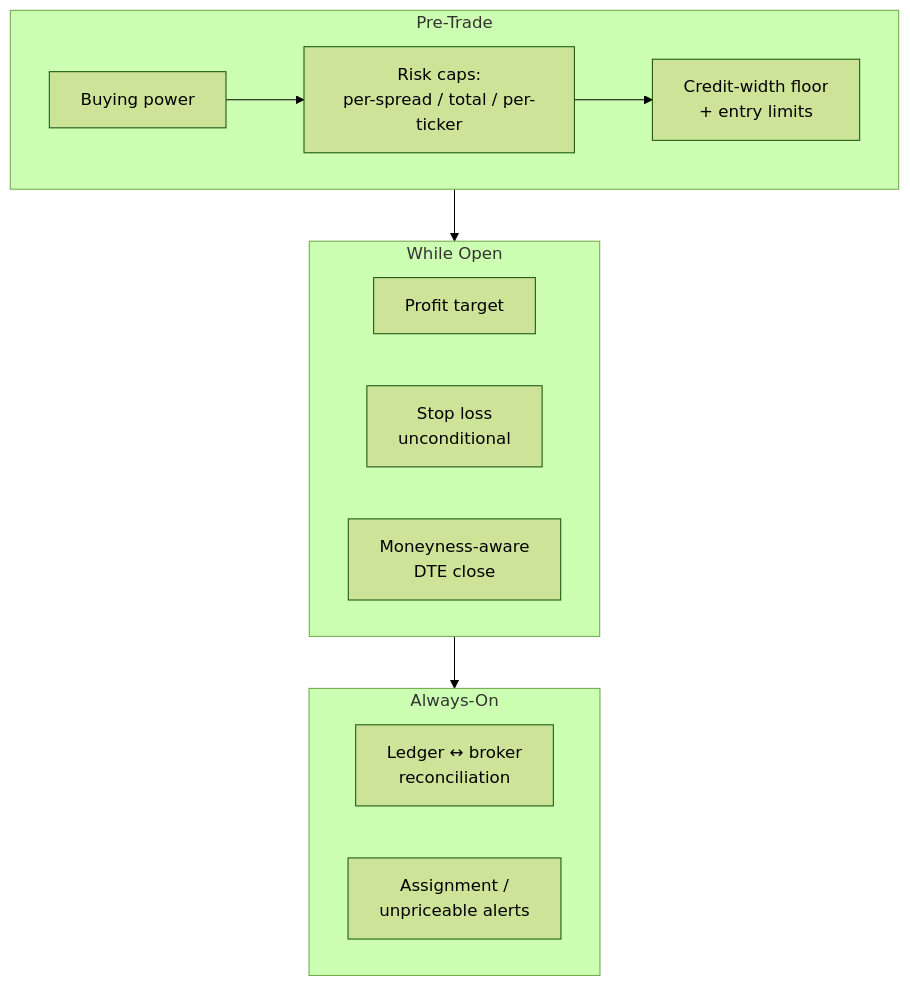
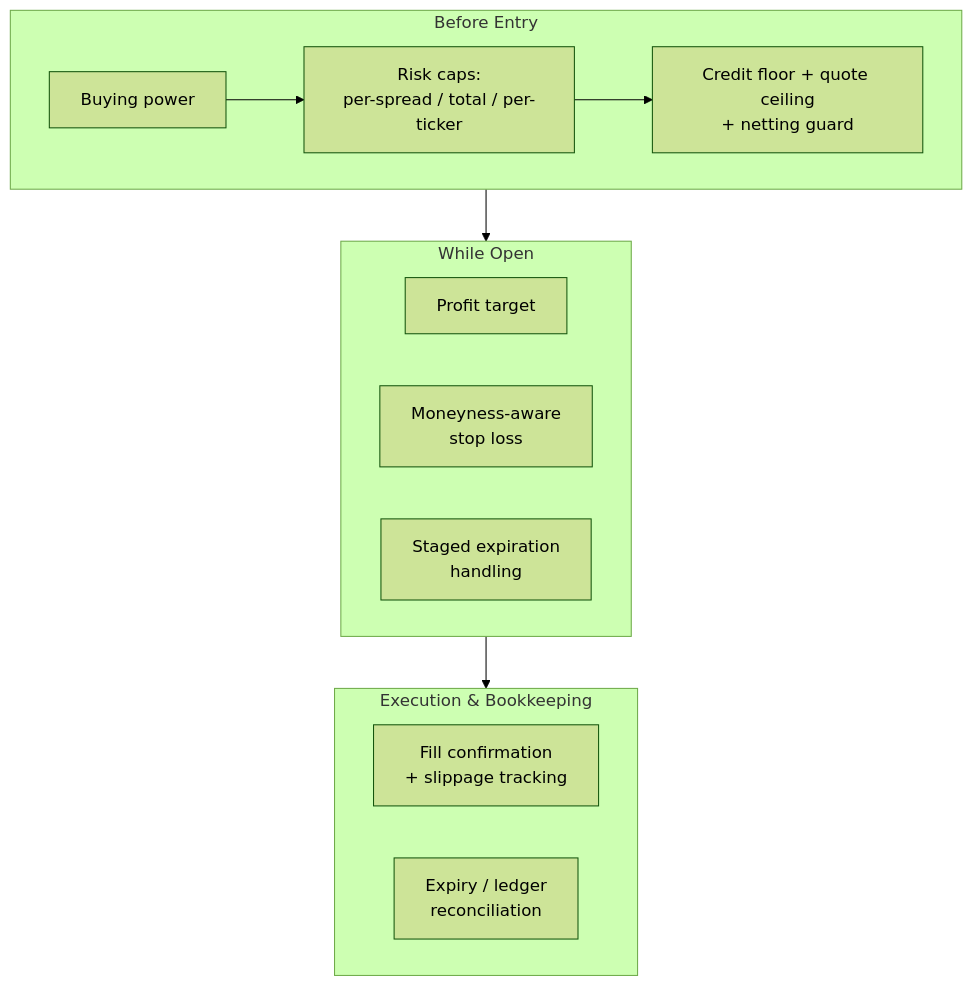
Before and after one commit to hbchoi0917/trading: the third of 4 diagrams in README.md, drawn with Mermaid (forest theme). The commit also changed other lines of this file and 1 other file, not shown here.

First line of the commit message:
Update public READMEs: risk management, position tracking, AI design notes

````diff
--- a/README.md
+++ b/README.md
@@ -169,20 +173,20 @@
 ```mermaid
 flowchart TD
-    subgraph PRE["Pre-Trade"]
+    subgraph PRE["Before Entry"]
         direction LR
         P1[Buying power] --> P2[Risk caps:<br/>per-spread / total / per-ticker]
-        P2 --> P3[Credit-width floor<br/>+ entry limits]
+        P2 --> P3[Credit floor + quote ceiling<br/>+ netting guard]
     end
     subgraph LIVE["While Open"]
         direction LR
         L1[Profit target]
-        L2[Stop loss<br/>unconditional]
-        L3[Moneyness-aware<br/>DTE close]
+        L2[Moneyness-aware<br/>stop loss]
+        L3[Staged expiration<br/>handling]
     end
-    subgraph ALWAYS["Always-On"]
+    subgraph BOOK["Execution & Bookkeeping"]
         direction LR
-        A1[Ledger ↔ broker<br/>reconciliation]
-        A2[Assignment /<br/>unpriceable alerts]
+        A1[Fill confirmation<br/>+ slippage tracking]
+        A2[Expiry / ledger<br/>reconciliation]
     end
-    PRE --> LIVE --> ALWAYS
+    PRE --> LIVE --> BOOK
 ```
````
